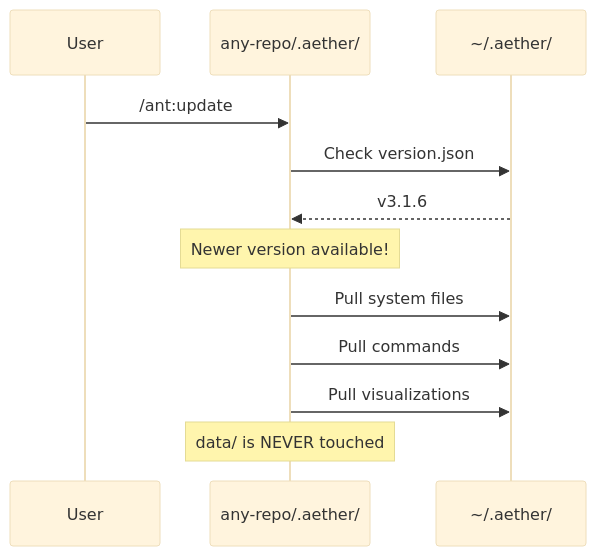
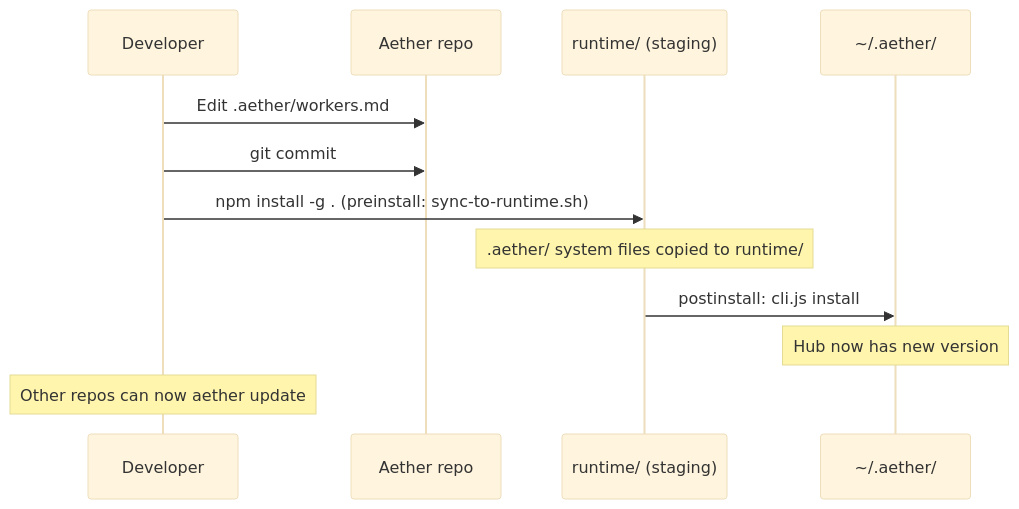
One commit to calcosmic/Aether changed the third of 4 diagrams in RUNTIME UPDATE ARCHITECTURE.md. Above: the diagram before and after it, drawn with Mermaid (base theme). The commit also changed other lines of this file and 36 other files, not shown here.

First line of the commit message:
refactor: flip source of truth from runtime/ to .aether/

````diff
--- a/RUNTIME UPDATE ARCHITECTURE.md
+++ b/RUNTIME UPDATE ARCHITECTURE.md
@@ -106,15 +93,15 @@
 ```mermaid
 sequenceDiagram
-    participant User
-    participant Repo as any-repo/.aether/
+    participant Dev as Developer
+    participant Aether as Aether repo
+    participant RT as runtime/ (staging)
     participant Hub as ~/.aether/
 
-    User->>Repo: /ant:update
-    Repo->>Hub: Check version.json
-    Hub-->>Repo: v3.1.6
-    Note over Repo: Newer version available!
-    Repo->>Hub: Pull system files
-    Repo->>Hub: Pull commands
-    Repo->>Hub: Pull visualizations
-    Note over Repo: data/ is NEVER touched
+    Dev->>Aether: Edit .aether/workers.md
+    Dev->>Aether: git commit
+    Dev->>RT: npm install -g . (preinstall: sync-to-runtime.sh)
+    Note over RT: .aether/ system files copied to runtime/
+    RT->>Hub: postinstall: cli.js install
+    Note over Hub: Hub now has new version
+    Note over Dev: Other repos can now aether update
 ```
````
